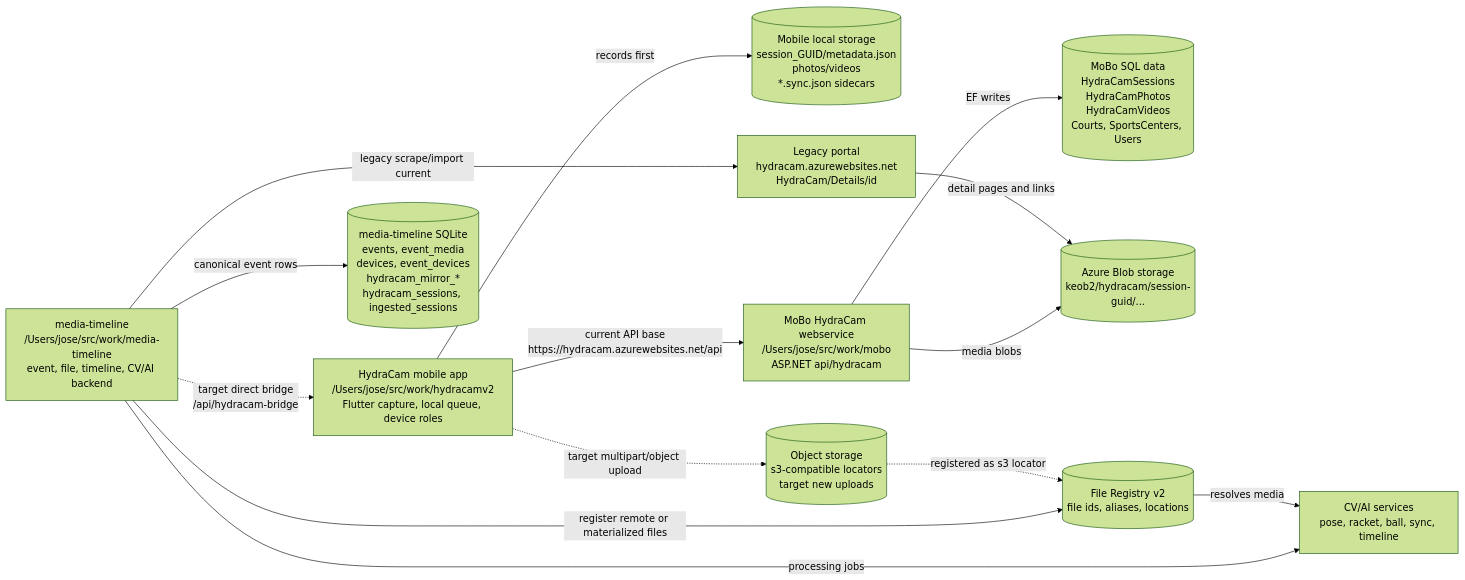
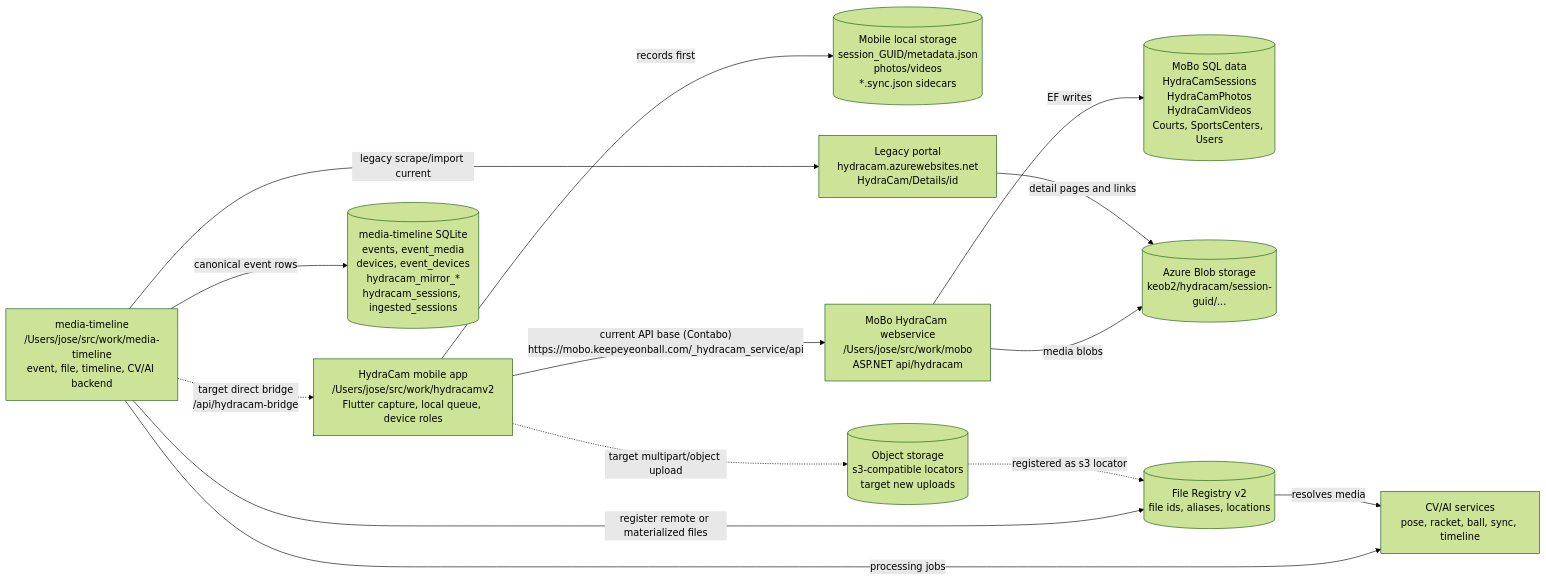
One commit to KeepEyeOnBall-Jose/hydracamv2 changed the first of 6 diagrams in docs/control/cross-project-api-data-map.md. Above: the diagram before and after it, drawn with Mermaid (forest theme). The commit also changed other lines of this file and 8 other files, not shown here.

First line of the commit message:
Point HydraCam API default at the Contabo backend

````diff
--- a/docs/control/cross-project-api-data-map.md
+++ b/docs/control/cross-project-api-data-map.md
@@ -19,28 +19,28 @@
 ```mermaid
 flowchart LR
   Mobile["HydraCam mobile app<br/>/Users/jose/src/work/hydracamv2<br/>Flutter capture, local queue, device roles"]
   LocalStore[("Mobile local storage<br/>session_GUID/metadata.json<br/>photos/videos<br/>*.sync.json sidecars")]
   MoBo["MoBo HydraCam webservice<br/>/Users/jose/src/work/mobo<br/>ASP.NET api/hydracam"]
   MoBoDb[("MoBo SQL data<br/>HydraCamSessions<br/>HydraCamPhotos<br/>HydraCamVideos<br/>Courts, SportsCenters, Users")]
   AzureBlob[("Azure Blob storage<br/>keob2/hydracam/session-guid/...")]
   AzurePortal["Legacy portal<br/>hydracam.azurewebsites.net<br/>HydraCam/Details/id"]
   MT["media-timeline<br/>/Users/jose/src/work/media-timeline<br/>event, file, timeline, CV/AI backend"]
   MTDb[("media-timeline SQLite<br/>events, event_media<br/>devices, event_devices<br/>hydracam_mirror_*<br/>hydracam_sessions, ingested_sessions")]
   FileRegistry[("File Registry v2<br/>file ids, aliases, locations")]
   ObjectStorage[("Object storage<br/>s3-compatible locators<br/>target new uploads")]
   CV["CV/AI services<br/>pose, racket, ball, sync, timeline"]
 
-  Mobile -->|"current API base<br/>https://hydracam.azurewebsites.net/api"| MoBo
+  Mobile -->|"current API base (Contabo)<br/>https://mobo.keepeyeonball.com/_hydracam_service/api"| MoBo
   Mobile -->|"records first"| LocalStore
   MoBo -->|"EF writes"| MoBoDb
   MoBo -->|"media blobs"| AzureBlob
   AzurePortal -->|"detail pages and links"| AzureBlob
   MT -->|"legacy scrape/import current"| AzurePortal
   MT -->|"register remote or materialized files"| FileRegistry
   MT -->|"canonical event rows"| MTDb
   MT -->|"processing jobs"| CV
   FileRegistry -->|"resolves media"| CV
   MT -.->|"target direct bridge<br/>/api/hydracam-bridge"| Mobile
   Mobile -.->|"target multipart/object upload"| ObjectStorage
   ObjectStorage -.->|"registered as s3 locator"| FileRegistry
 ```
````
